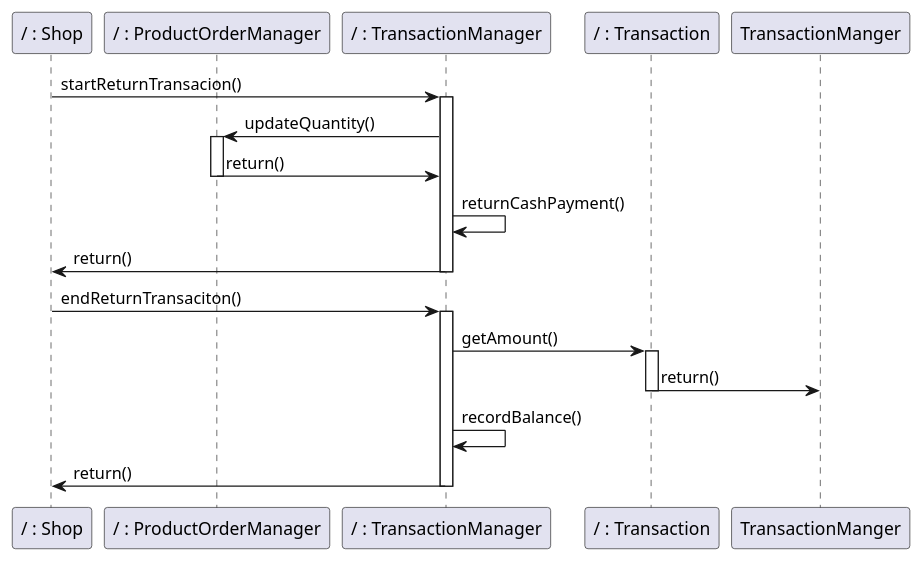
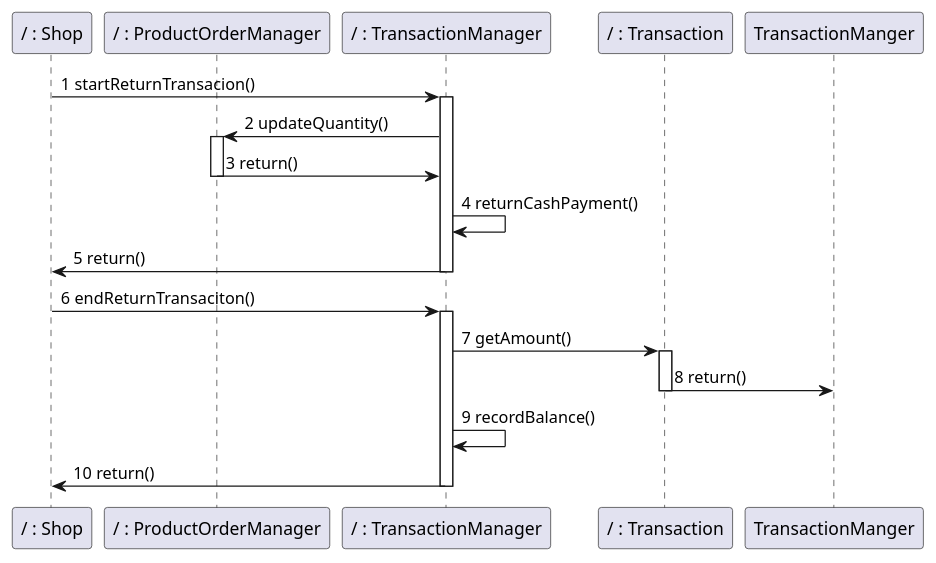
Diagram 11 of 14 in Deliverables/DesignDocument.md (nicolabattaglino/ezshop), drawn with PlantUML before and after one commit. The commit also changed other lines of this file, not shown here.

````diff
--- a/Deliverables/DesignDocument.md
+++ b/Deliverables/DesignDocument.md
@@ -642,27 +642,27 @@
 ```plantuml
 @startuml
 
 participant "/ : Shop" as Shop
 participant "/ : ProductOrderManager" as ProductOrderManager
 participant "/ : TransactionManager" as TransactionManager
 participant "/ : Transaction" as Transaction
-Shop -> TransactionManager: startReturnTransacion()
+Shop -> TransactionManager:1 startReturnTransacion()
 activate TransactionManager
-TransactionManager -> ProductOrderManager: updateQuantity()
+TransactionManager -> ProductOrderManager:2 updateQuantity()
 activate ProductOrderManager
-ProductOrderManager -> TransactionManager: return()
+ProductOrderManager -> TransactionManager:3 return()
 deactivate ProductOrderManager
-TransactionManager -> TransactionManager:returnCashPayment()
-TransactionManager  -> Shop: return()
+TransactionManager -> TransactionManager:4 returnCashPayment()
+TransactionManager  -> Shop:5 return()
 deactivate TransactionManager 
-Shop -> TransactionManager: endReturnTransaciton()
+Shop -> TransactionManager:6 endReturnTransaciton()
 activate TransactionManager
-TransactionManager-> Transaction: getAmount()
+TransactionManager-> Transaction:7 getAmount()
 activate Transaction
-Transaction -> TransactionManger: return()
+Transaction -> TransactionManger:8 return()
 deactivate Transaction
-TransactionManager -> TransactionManager: recordBalance() 
-TransactionManager -> Shop:return()
+TransactionManager -> TransactionManager:9 recordBalance() 
+TransactionManager -> Shop:10 return()
 deactivate TransactionManager 
 @enduml
 ```
````
